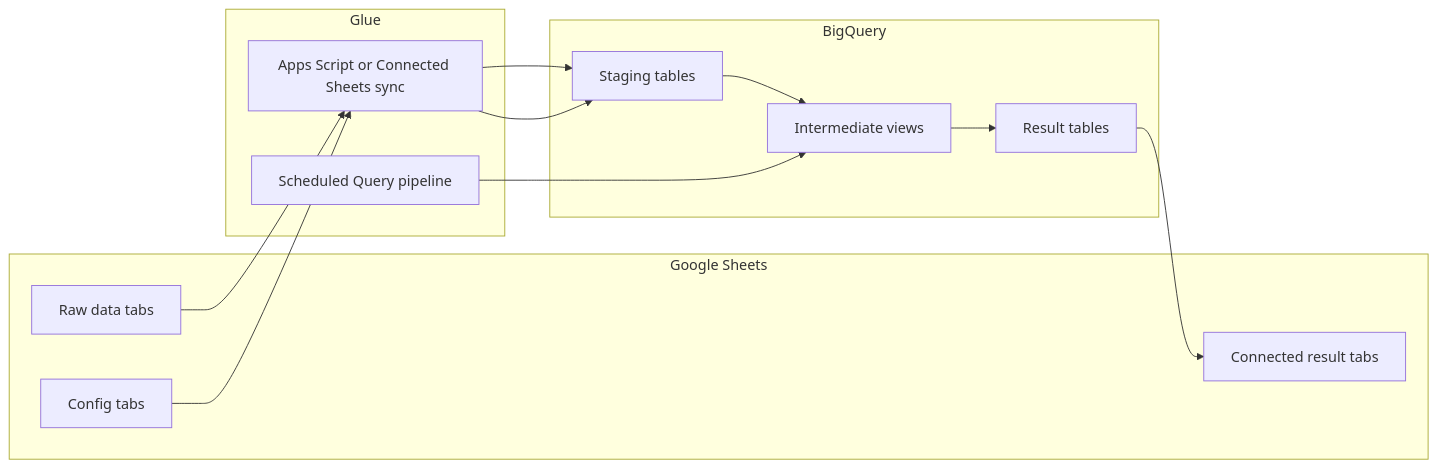
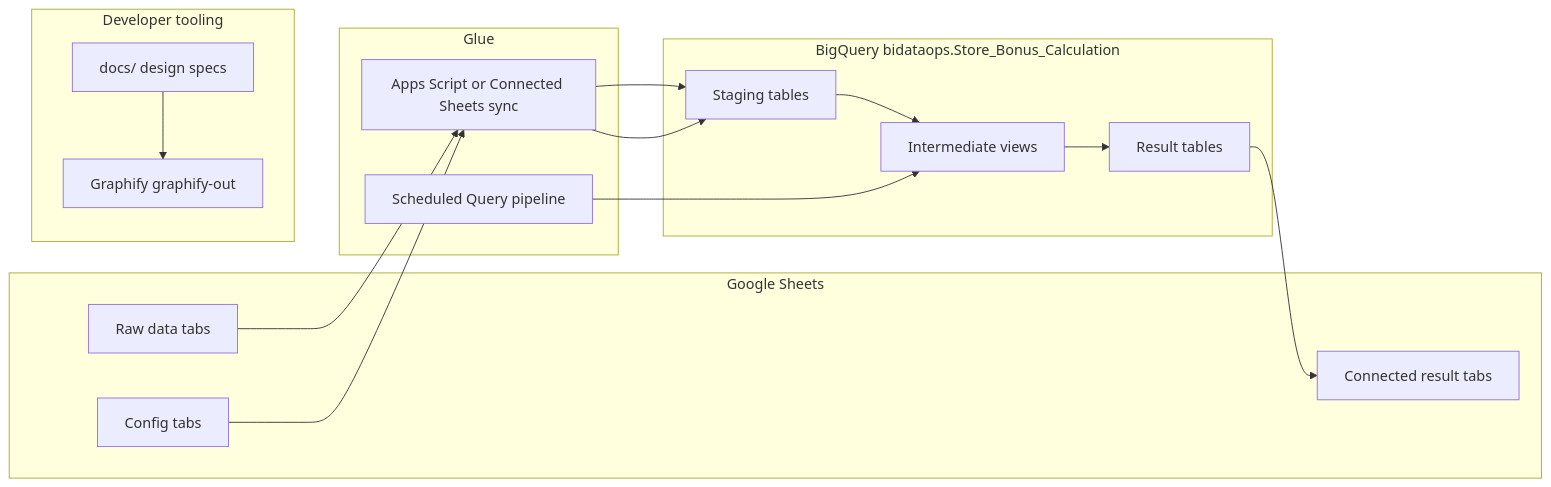
The diagram in docs/design.md (HL-spillay/Bonus-Calcs), drawn with Mermaid before and after one commit. The commit also changed other lines of this file and 9 other files, not shown here.

First line of the commit message:
Add Graphify integration and documentation updates

````diff
--- a/docs/design.md
+++ b/docs/design.md
@@ -156,25 +156,31 @@
 ```mermaid
 flowchart LR
     subgraph sheets [Google Sheets]
         raw[Raw data tabs]
         cfg[Config tabs]
         results[Connected result tabs]
     end
 
-    subgraph bq [BigQuery]
+    subgraph bq [BigQuery bidataops.Store_Bonus_Calculation]
         stg[Staging tables]
         int[Intermediate views]
         rpt[Result tables]
     end
 
     subgraph glue [Glue]
         sync[Apps Script or Connected Sheets sync]
         sq[Scheduled Query pipeline]
     end
 
+    subgraph dev [Developer tooling]
+        graphify[Graphify graphify-out]
+        docs[docs/ design specs]
+    end
+
     raw --> sync --> stg
     cfg --> sync --> stg
     stg --> int --> rpt
     sq --> int
     rpt --> results
+    docs --> graphify
 ```
````
